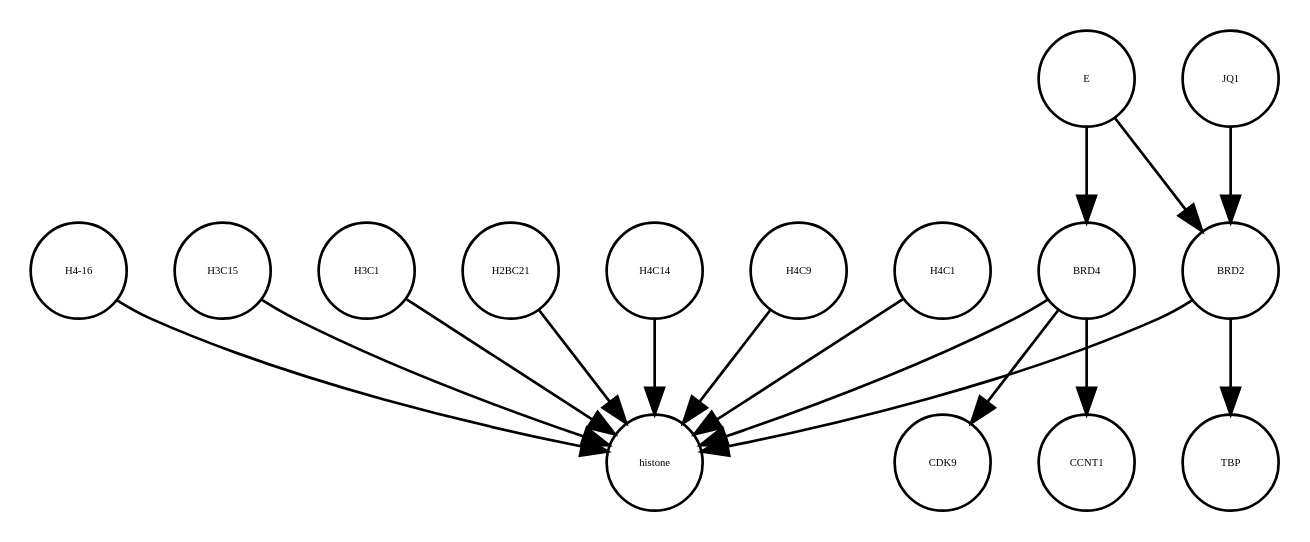
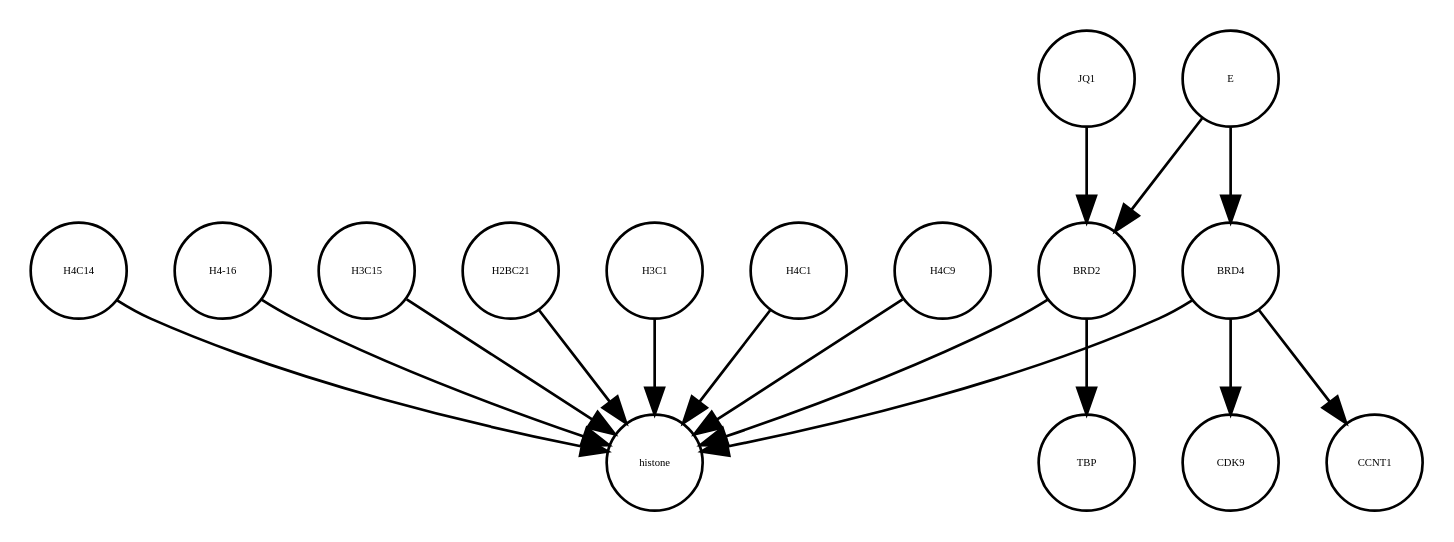
The diagram in E_SARS_CoV_2_22_05_2020.xml_projected.dot (cannin/covid19-sbgn), drawn with Graphviz before and after one commit. The commit also changed other lines of this file and 530 other files, not shown here.

```diff
--- a/E_SARS_CoV_2_22_05_2020.xml_projected.dot
+++ b/E_SARS_CoV_2_22_05_2020.xml_projected.dot
@@ -1,32 +1,32 @@
 strict digraph  {
+"H4-16" [annotation="", bipartite=0, cls=macromolecule, fontsize=4, label="H4-16", shape=circle];
 H3C15 [annotation="", bipartite=0, cls=macromolecule, fontsize=4, label=H3C15, shape=circle];
+CDK9 [annotation="", bipartite=0, cls=macromolecule, fontsize=4, label=CDK9, shape=circle];
+H2BC21 [annotation="", bipartite=0, cls=macromolecule, fontsize=4, label=H2BC21, shape=circle];
 H3C1 [annotation="", bipartite=0, cls=macromolecule, fontsize=4, label=H3C1, shape=circle];
-H2BC21 [annotation="", bipartite=0, cls=macromolecule, fontsize=4, label=H2BC21, shape=circle];
-CDK9 [annotation="", bipartite=0, cls=macromolecule, fontsize=4, label=CDK9, shape=circle];
-H4C14 [annotation="", bipartite=0, cls=macromolecule, fontsize=4, label=H4C14, shape=circle];
+BRD2 [annotation="", bipartite=0, cls=macromolecule, fontsize=4, label=BRD2, shape=circle];
+H4C1 [annotation="", bipartite=0, cls=macromolecule, fontsize=4, label=H4C1, shape=circle];
+histone [annotation="", bipartite=0, cls=complex, fontsize=4, label=histone, shape=circle];
 BRD4 [annotation="", bipartite=0, cls=macromolecule, fontsize=4, label=BRD4, shape=circle];
 E [annotation=urn_miriam_ncbiprotein_BCD58755, bipartite=0, cls=macromolecule, fontsize=4, label=E, shape=circle];
 H4C9 [annotation="", bipartite=0, cls=macromolecule, fontsize=4, label=H4C9, shape=circle];
+H4C14 [annotation="", bipartite=0, cls=macromolecule, fontsize=4, label=H4C14, shape=circle];
 JQ1 [annotation="", bipartite=0, cls=macromolecule, fontsize=4, label=JQ1, shape=circle];
-histone [annotation="", bipartite=0, cls=complex, fontsize=4, label=histone, shape=circle];
 TBP [annotation="", bipartite=0, cls=macromolecule, fontsize=4, label=TBP, shape=circle];
-H4C1 [annotation="", bipartite=0, cls=macromolecule, fontsize=4, label=H4C1, shape=circle];
-"H4-16" [annotation="", bipartite=0, cls=macromolecule, fontsize=4, label="H4-16", shape=circle];
 CCNT1 [annotation="", bipartite=0, cls=macromolecule, fontsize=4, label=CCNT1, shape=circle];
-BRD2 [annotation="", bipartite=0, cls=macromolecule, fontsize=4, label=BRD2, shape=circle];
+"H4-16" -> histone  [annotation="", interaction_type=production];
 H3C15 -> histone  [annotation="", interaction_type=production];
+H2BC21 -> histone  [annotation="", interaction_type=production];
 H3C1 -> histone  [annotation="", interaction_type=production];
-H2BC21 -> histone  [annotation="", interaction_type=production];
-H4C14 -> histone  [annotation="", interaction_type=production];
+BRD2 -> TBP  [annotation="urn_miriam_doi_10.1007%2Fs11010-006-9223-6", interaction_type=catalysis];
+BRD2 -> histone  [annotation="urn_miriam_doi_10.1038%2Fnsmb.3228.|urn_miriam_doi_10.1016%2Fj.molcel.2008.01.018", interaction_type=catalysis];
+H4C1 -> histone  [annotation="", interaction_type=production];
+BRD4 -> CDK9  [annotation=urn_miriam_taxonomy_10090, interaction_type=catalysis];
 BRD4 -> CCNT1  [annotation="", interaction_type=catalysis];
 BRD4 -> histone  [annotation="urn_miriam_doi_10.1038%2Fnsmb.3228.|urn_miriam_doi_10.1016%2Fj.molcel.2008.01.018", interaction_type=catalysis];
-BRD4 -> CDK9  [annotation=urn_miriam_taxonomy_10090, interaction_type=catalysis];
 E -> BRD2  [annotation="urn_miriam_doi_10.1038%2Fs41586-020-2286-9|urn_miriam_doi_10.1080%2F15592294.2018.1469891", interaction_type=inhibition];
 E -> BRD4  [annotation="urn_miriam_doi_10.1038%2Fs41586-020-2286-9", interaction_type=inhibition];
 H4C9 -> histone  [annotation="", interaction_type=production];
+H4C14 -> histone  [annotation="", interaction_type=production];
 JQ1 -> BRD2  [annotation="urn_miriam_doi_10.1038%2Fs41586-020-2286-9|urn_miriam_doi_10.1080%2F15592294.2018.1469891", interaction_type=inhibition];
-H4C1 -> histone  [annotation="", interaction_type=production];
-"H4-16" -> histone  [annotation="", interaction_type=production];
-BRD2 -> histone  [annotation="urn_miriam_doi_10.1038%2Fnsmb.3228.|urn_miriam_doi_10.1016%2Fj.molcel.2008.01.018", interaction_type=catalysis];
-BRD2 -> TBP  [annotation="urn_miriam_doi_10.1007%2Fs11010-006-9223-6", interaction_type=catalysis];
 }
```
